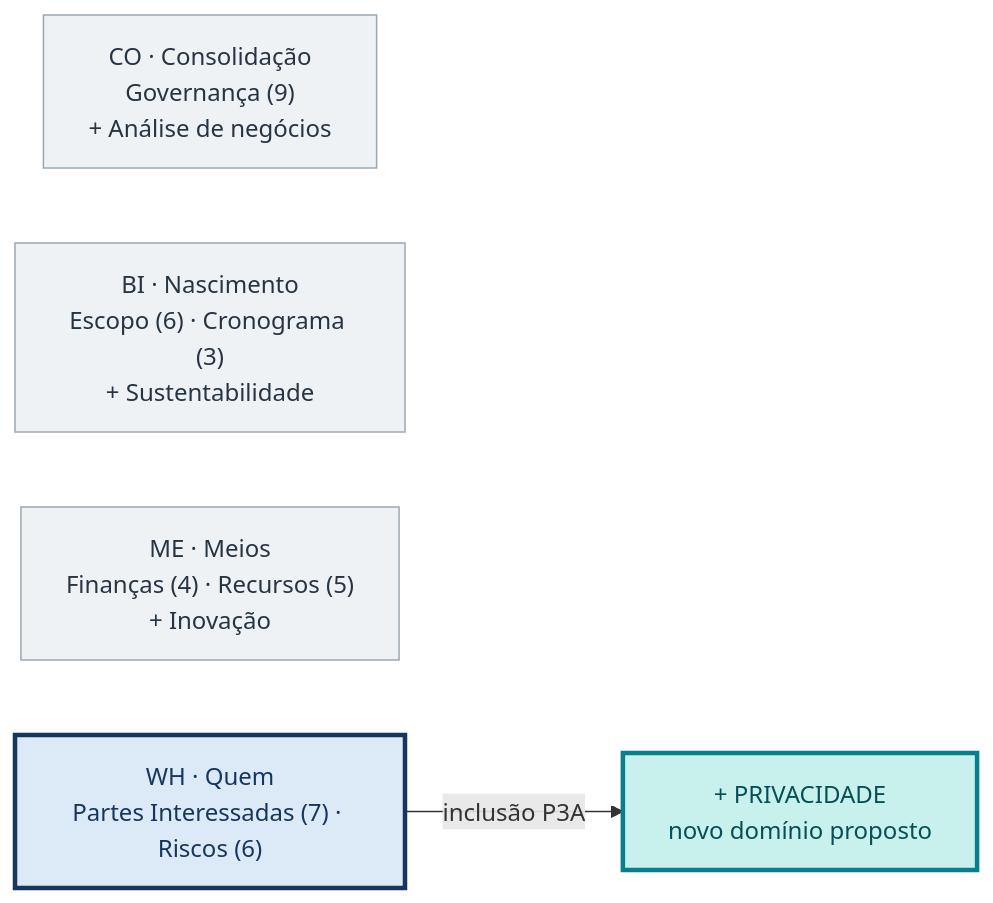
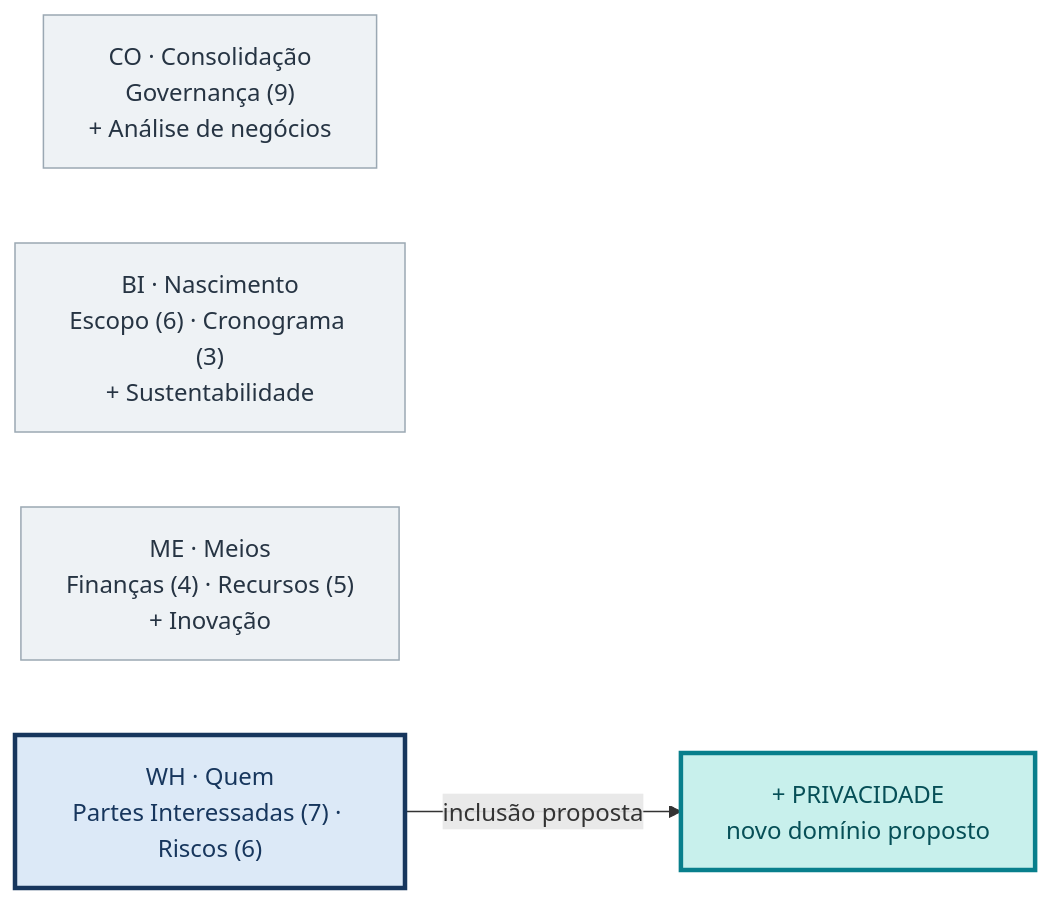
One commit to cadu-unb/_POS-PPCA-GPTI_2026-2 changed the first of 3 diagrams in _grupo/P3A/entregas/P3A_Privacidade2_Poster_PT.md. Above: the diagram before and after it, drawn with Mermaid. The commit also changed other lines of this file and 5 other files, not shown here.

````diff
--- a/_grupo/P3A/entregas/P3A_Privacidade2_Poster_PT.md
+++ b/_grupo/P3A/entregas/P3A_Privacidade2_Poster_PT.md
@@ -24,15 +24,15 @@
 ```mermaid
 flowchart LR
     CO["CO · Consolidação<br/>Governança (9)<br/>+ Análise de negócios"]
     BI["BI · Nascimento<br/>Escopo (6) · Cronograma (3)<br/>+ Sustentabilidade"]
     ME["ME · Meios<br/>Finanças (4) · Recursos (5)<br/>+ Inovação"]
     WH["WH · Quem<br/>Partes Interessadas (7) · Riscos (6)"]
     P["+ PRIVACIDADE<br/>novo domínio proposto"]
-    WH -->|inclusão P3A| P
+    WH -->|inclusão proposta| P
     classDef other fill:#eef2f5,stroke:#9ba8b3,color:#263443
     classDef focus fill:#dce9f7,stroke:#17365d,stroke-width:3px,color:#17365d
     classDef proposal fill:#c8f0ec,stroke:#087f8c,stroke-width:3px,color:#064f57
     class CO,BI,ME other
     class WH focus
     class P proposal
 ```
````
